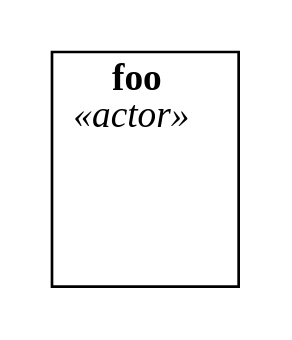
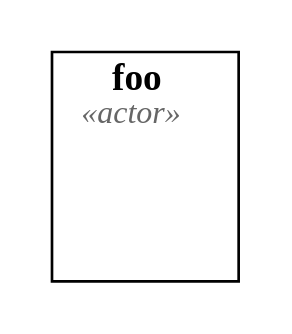
The diagram in src/exporter/simple.dot (ryepup/c4-lab), drawn with Graphviz before and after one commit. The commit also changed 3 other files, not shown here.

```diff
--- a/src/exporter/simple.dot
+++ b/src/exporter/simple.dot
@@ -1,7 +1,7 @@
 digraph g {
   compound=true
   subgraph cluster0 {
-    label=<<B>foo</B><BR/><I>&#171;actor&#187;</I>>
+    label=<<B>foo</B><BR/><FONT POINT-SIZE="12" COLOR="#666666"><I>&#171;actor&#187;</I></FONT>>
     g0 [shape=plaintext label=""]
   }
 }
```
